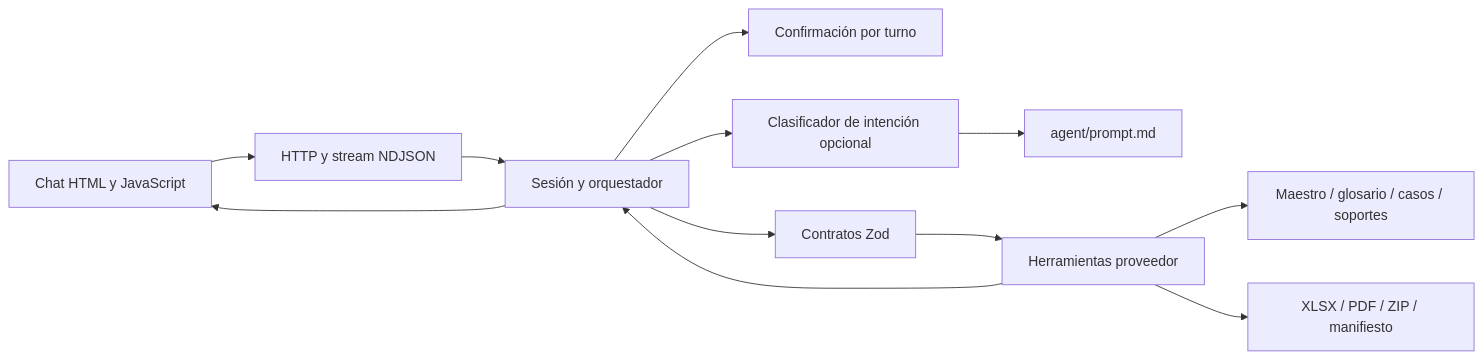
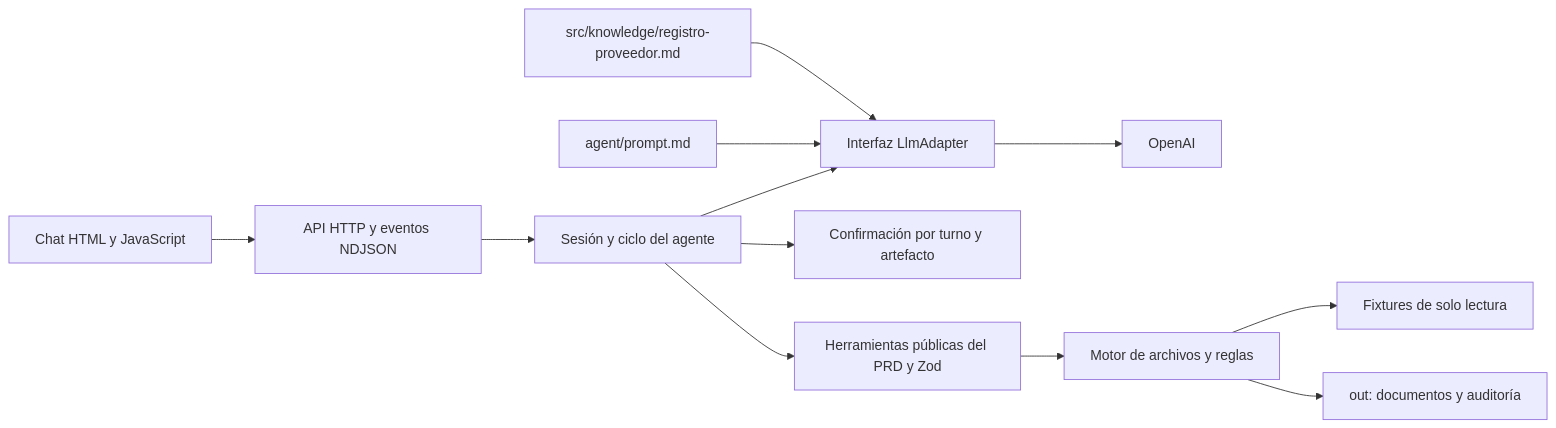
One commit to elianatorres5772/Reto changed the diagram in SOLUCION.md. Above: the diagram before and after it, drawn with Mermaid. The commit also changed other lines of this file and 50 other files, not shown here.

Commit message:
Completar contratos y entregables del PRD, límites, despliegue y guía del código

````diff
--- a/SOLUCION.md
+++ b/SOLUCION.md
@@ -11,14 +11,14 @@
 ```mermaid
 flowchart LR
-    UI[Chat HTML y JavaScript] --> HTTP[HTTP y stream NDJSON]
-    HTTP --> Session[Sesión y orquestador]
-    Session --> Gate[Confirmación por turno]
-    Session --> Intent[Clasificador de intención opcional]
-    Intent --> Prompt[agent/prompt.md]
-    Session --> Contracts[Contratos Zod]
-    Contracts --> Tools[Herramientas proveedor]
-    Tools --> Fixtures[Maestro / glosario / casos / soportes]
-    Tools --> Outputs[XLSX / PDF / ZIP / manifiesto]
-    Tools --> Session
-    Session --> UI
+    Chat[Chat HTML y JavaScript] --> HTTP[API HTTP y eventos NDJSON]
+    HTTP --> Agent[Sesión y ciclo del agente]
+    Agent --> Adapter[Interfaz LlmAdapter]
+    Adapter --> OpenAI[OpenAI]
+    Agent --> Gate[Confirmación por turno y artefacto]
+    Agent --> Facade[Herramientas públicas del PRD y Zod]
+    Facade --> Engine[Motor de archivos y reglas]
+    Engine --> Fixtures[Fixtures de solo lectura]
+    Engine --> Out[out: documentos y auditoría]
+    Prompt[agent/prompt.md] --> Adapter
+    Knowledge[src/knowledge/registro-proveedor.md] --> Adapter
 ```
````
